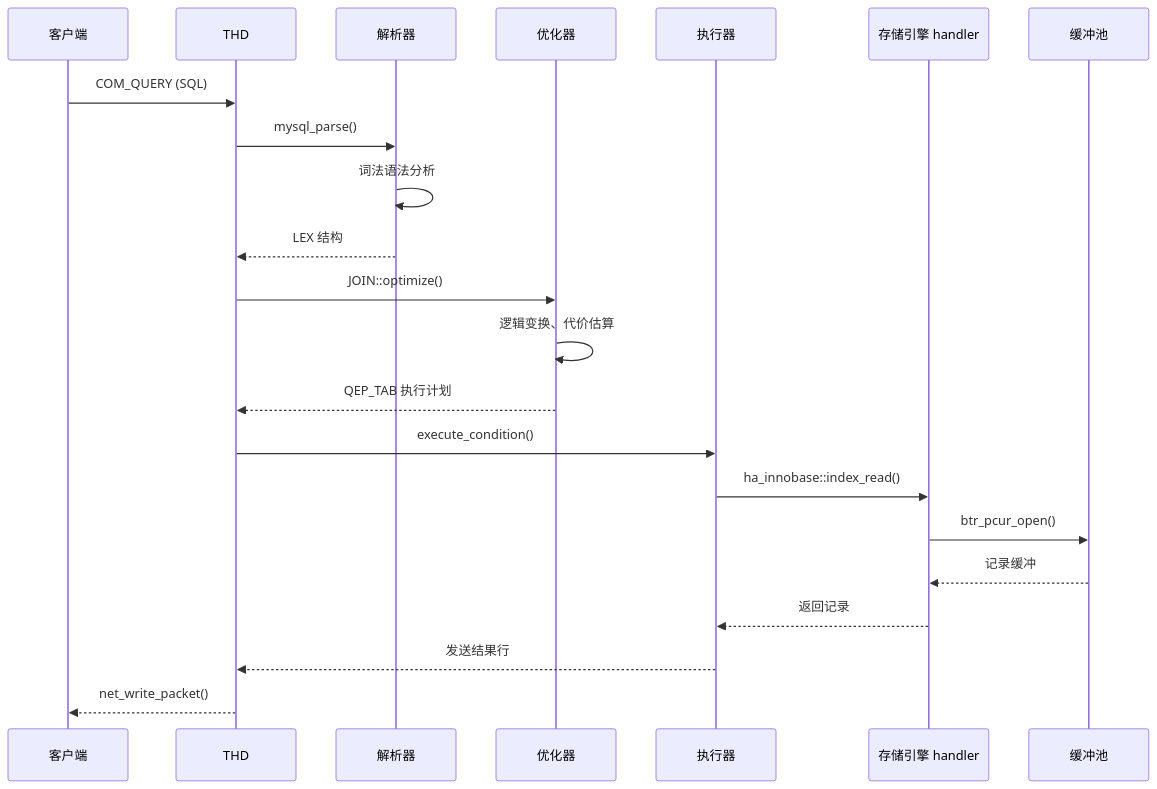
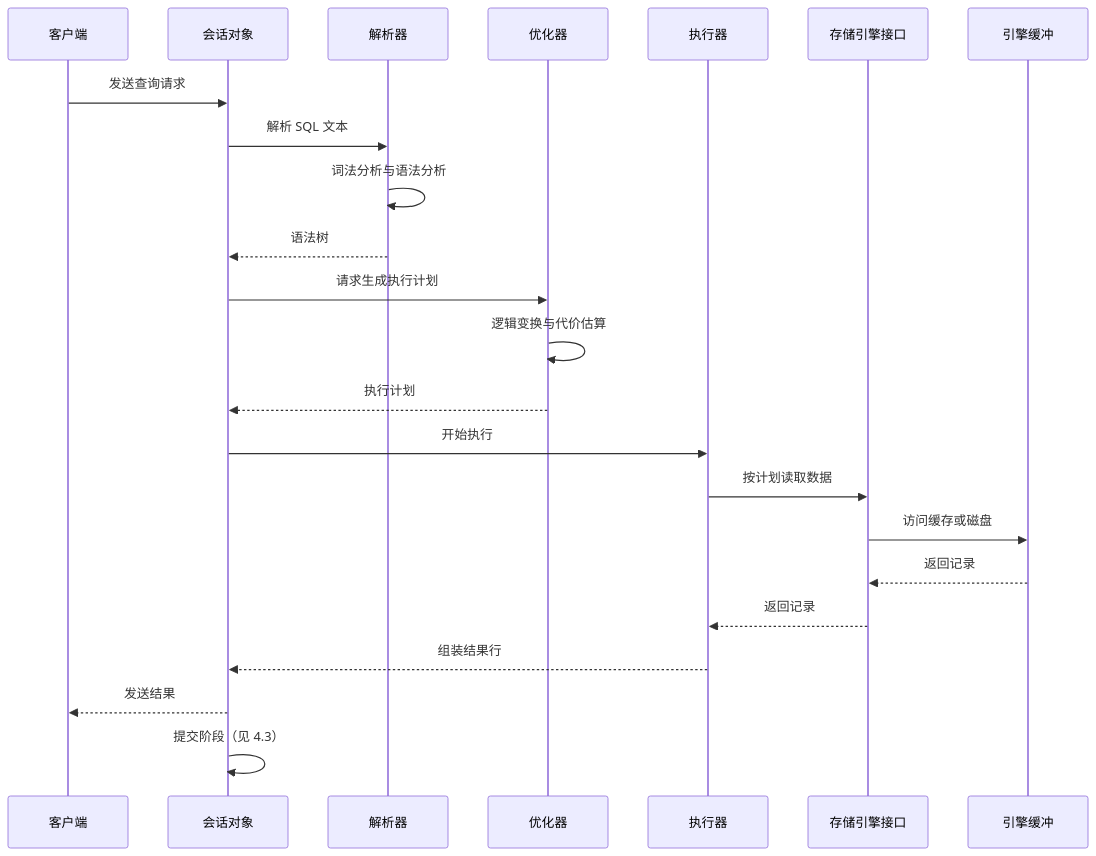
One commit to hpliStartAgain/my-brain changed the second of 2 diagrams in content/中间件/MySQL/读书笔记-Mysql内核架构/01. MySQL总体架构：Server层与存储引擎的插件化设计.md. Above: the diagram before and after it, drawn with Mermaid. The commit also changed other lines of this file and 56 other files, not shown here.

````diff
--- a/content/中间件/MySQL/读书笔记-Mysql内核架构/01. MySQL总体架构：Server层与存储引擎的插件化设计.md
+++ b/content/中间件/MySQL/读书笔记-Mysql内核架构/01. MySQL总体架构：Server层与存储引擎的插件化设计.md
@@ -82,27 +233,27 @@
 ```mermaid
+%%{init: {'theme': 'dracula'}}%%
 sequenceDiagram
     participant C as 客户端
-    participant THD
+    participant T as 会话对象
     participant P as 解析器
     participant O as 优化器
     participant E as 执行器
-    participant H as 存储引擎 handler
-    participant B as 缓冲池
+    participant H as 存储引擎接口
+    participant B as 引擎缓冲
 
-    C->>THD: COM_QUERY (SQL)
-    THD->>P: mysql_parse()
-    P->>P: 词法语法分析
-    P-->>THD: LEX 结构
-    
-    THD->>O: JOIN::optimize()
-    O->>O: 逻辑变换、代价估算
-    O-->>THD: QEP_TAB 执行计划
-    
-    THD->>E: execute_condition()
-    E->>H: ha_innobase::index_read()
-    H->>B: btr_pcur_open()
-    B-->>H: 记录缓冲
+    C->>T: 发送查询请求
+    T->>P: 解析 SQL 文本
+    P->>P: 词法分析与语法分析
+    P-->>T: 语法树
+    T->>O: 请求生成执行计划
+    O->>O: 逻辑变换与代价估算
+    O-->>T: 执行计划
+    T->>E: 开始执行
+    E->>H: 按计划读取数据
+    H->>B: 访问缓存或磁盘
+    B-->>H: 返回记录
     H-->>E: 返回记录
-    E-->>THD: 发送结果行
-    THD-->>C: net_write_packet()
+    E-->>T: 组装结果行
+    T-->>C: 发送结果
+    T->>T: 提交阶段（见 4.3）
 ```
````
